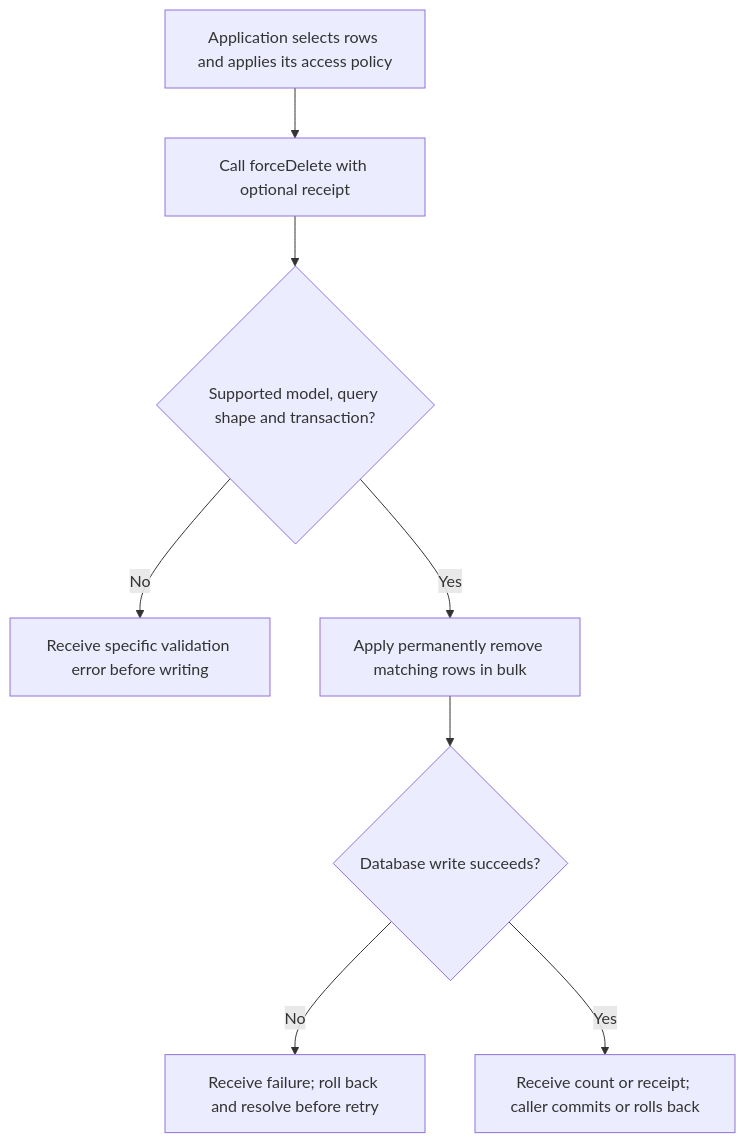
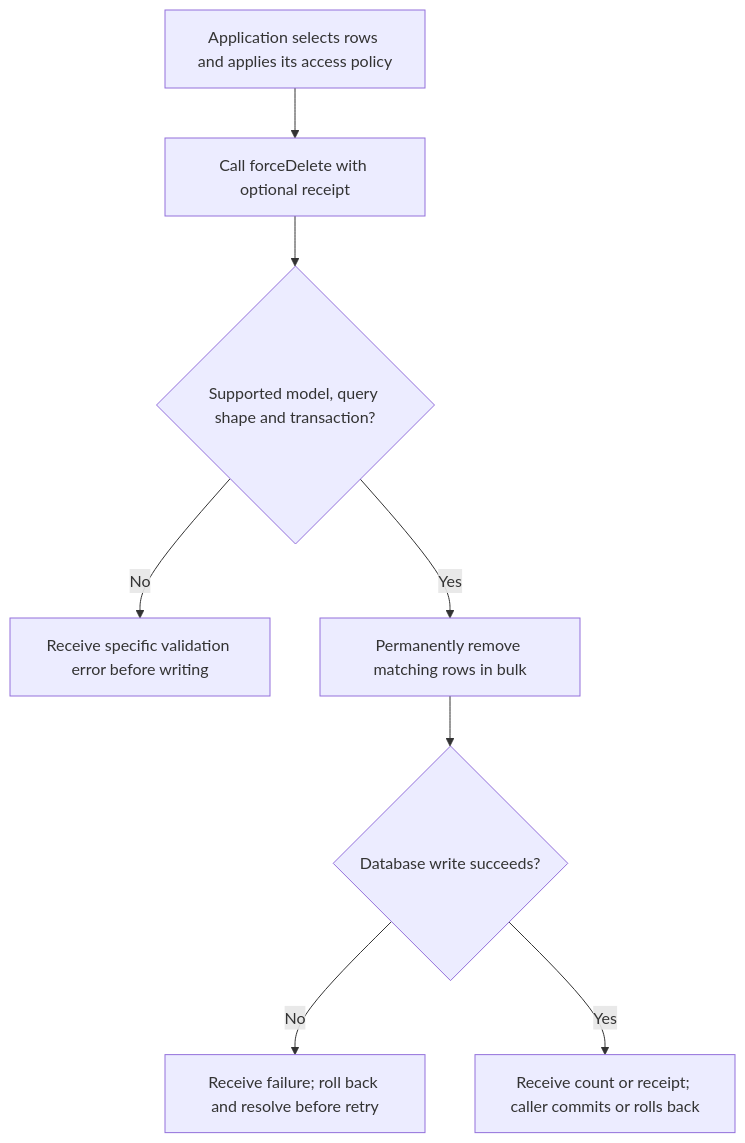
Before and after one commit to Kevinjohn/oss-adonisjs-lucid-soft-delete: the first of 2 diagrams in user-stories/bulk-operations/us-app-07-purge-bulk.md, drawn with Mermaid. The commit also changed 3 other files, not shown here.

Commit message:
docs: correct catalogue behavior and recovery flows

````diff
--- a/user-stories/bulk-operations/us-app-07-purge-bulk.md
+++ b/user-stories/bulk-operations/us-app-07-purge-bulk.md
@@ -24,10 +24,10 @@
 ```mermaid
 flowchart TD
     A["Application selects rows and applies its access policy"] --> B["Call forceDelete with optional receipt"]
     B --> C{"Supported model, query shape and transaction?"}
     C -->|No| D["Receive specific validation error before writing"]
-    C -->|Yes| E["Apply permanently remove matching rows in bulk"]
+    C -->|Yes| E["Permanently remove matching rows in bulk"]
     E --> F{"Database write succeeds?"}
     F -->|No| G["Receive failure; roll back and resolve before retry"]
     F -->|Yes| H["Receive count or receipt; caller commits or rolls back"]
 ```
````
